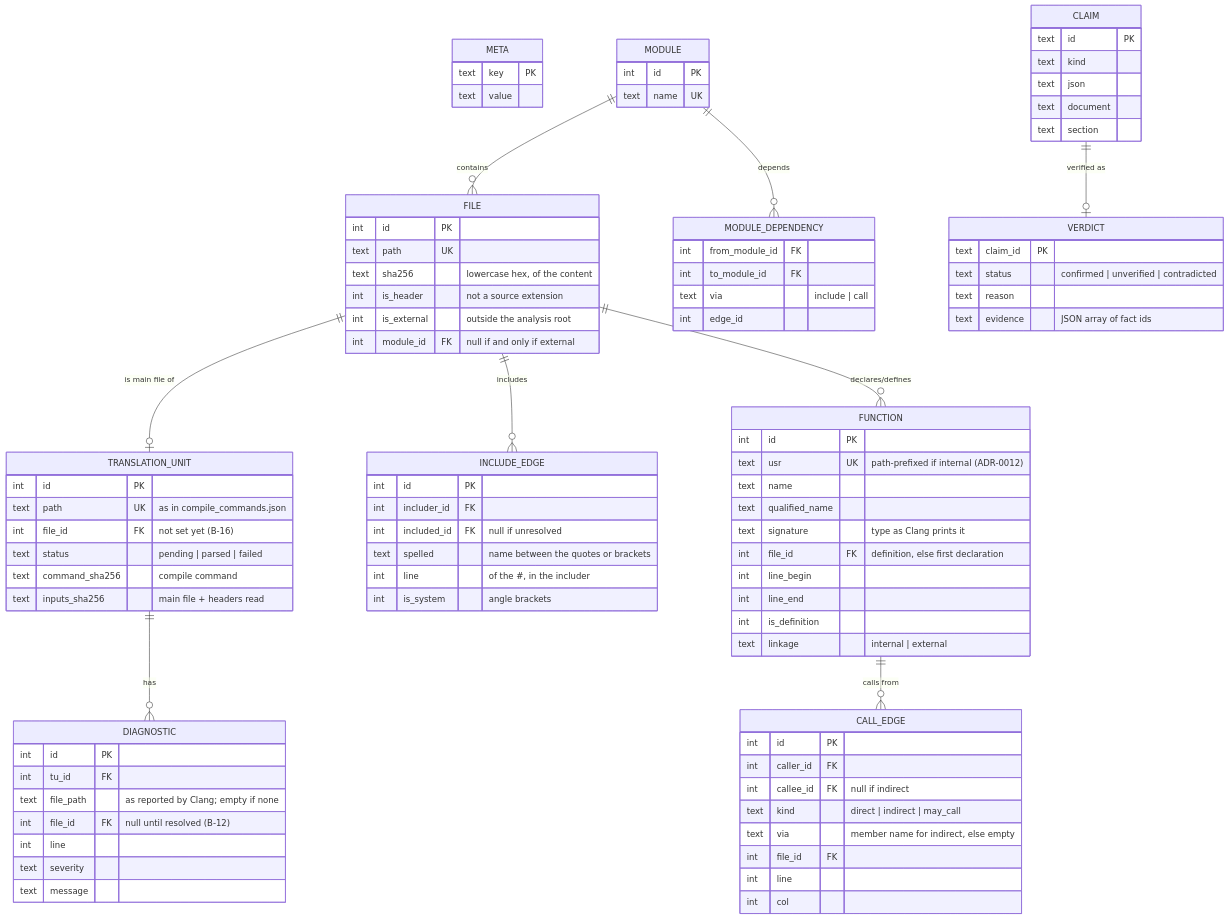
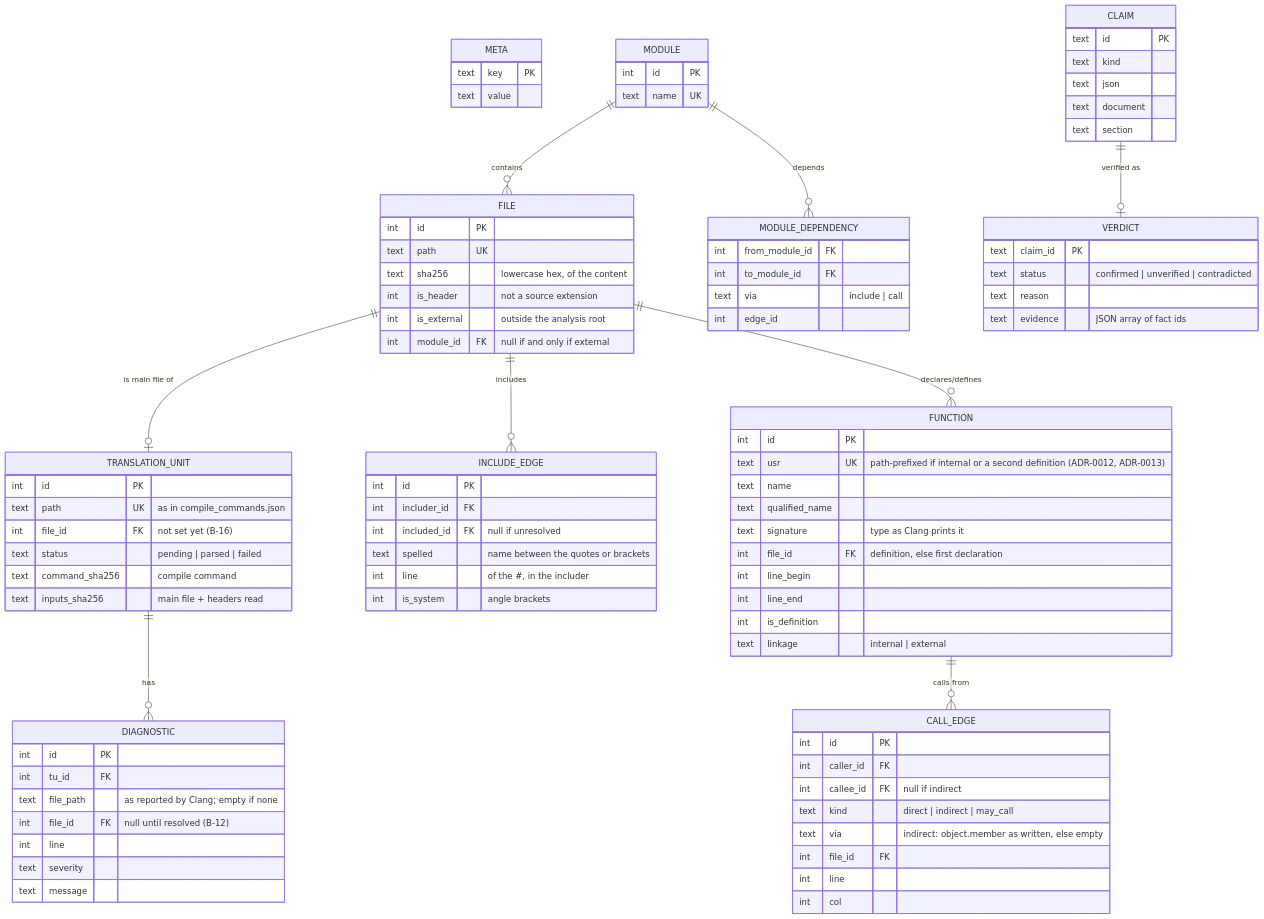
One commit to Tomek52/legacy-cartographer changed the diagram in docs/architecture/data-model.md. Above: the diagram before and after it, drawn with Mermaid. The commit also changed other lines of this file and 33 other files, not shown here.

```diff
--- a/docs/architecture/data-model.md
+++ b/docs/architecture/data-model.md
@@ -52,7 +53,7 @@
     }
     FUNCTION {
         int id PK
-        text usr UK "path-prefixed if internal (ADR-0012)"
+        text usr UK "path-prefixed if internal or a second definition (ADR-0012, ADR-0013)"
         text name
         text qualified_name
         text signature "type as Clang prints it"
@@ -67,7 +68,7 @@
         int caller_id FK
         int callee_id FK "null if indirect"
         text kind "direct | indirect | may_call"
-        text via "member name for indirect, else empty"
+        text via "indirect: object.member as written, else empty"
         int file_id FK
         int line
         int col
```
